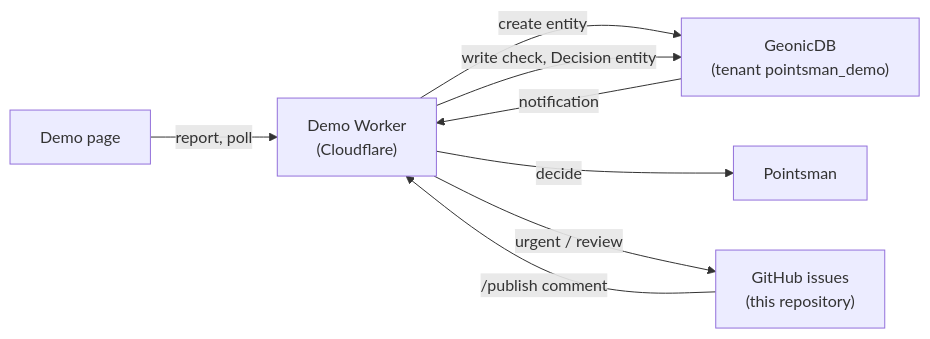
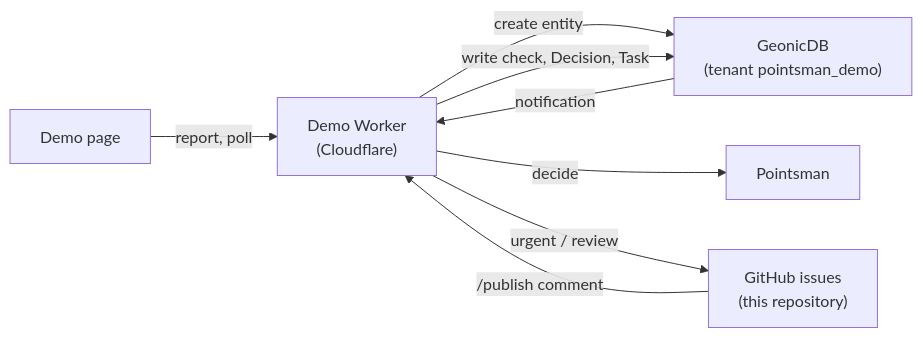
One commit to geolonia/pointsman-demo changed the diagram in README.md. Above: the diagram before and after it, drawn with Mermaid. The commit also changed other lines of this file and 5 other files, not shown here.

````diff
--- a/README.md
+++ b/README.md
@@ -15,10 +15,10 @@
 ```mermaid
 flowchart LR
   Page["Demo page"] -->|report, poll| W["Demo Worker<br/>(Cloudflare)"]
   W -->|create entity| B["GeonicDB<br/>(tenant pointsman_demo)"]
   B -->|notification| W
   W -->|decide| P["Pointsman"]
-  W -->|write check, Decision entity| B
+  W -->|write check, Decision, Task| B
   W -->|urgent / review| G["GitHub issues<br/>(this repository)"]
   G -->|"/publish comment"| W
 ```
````
